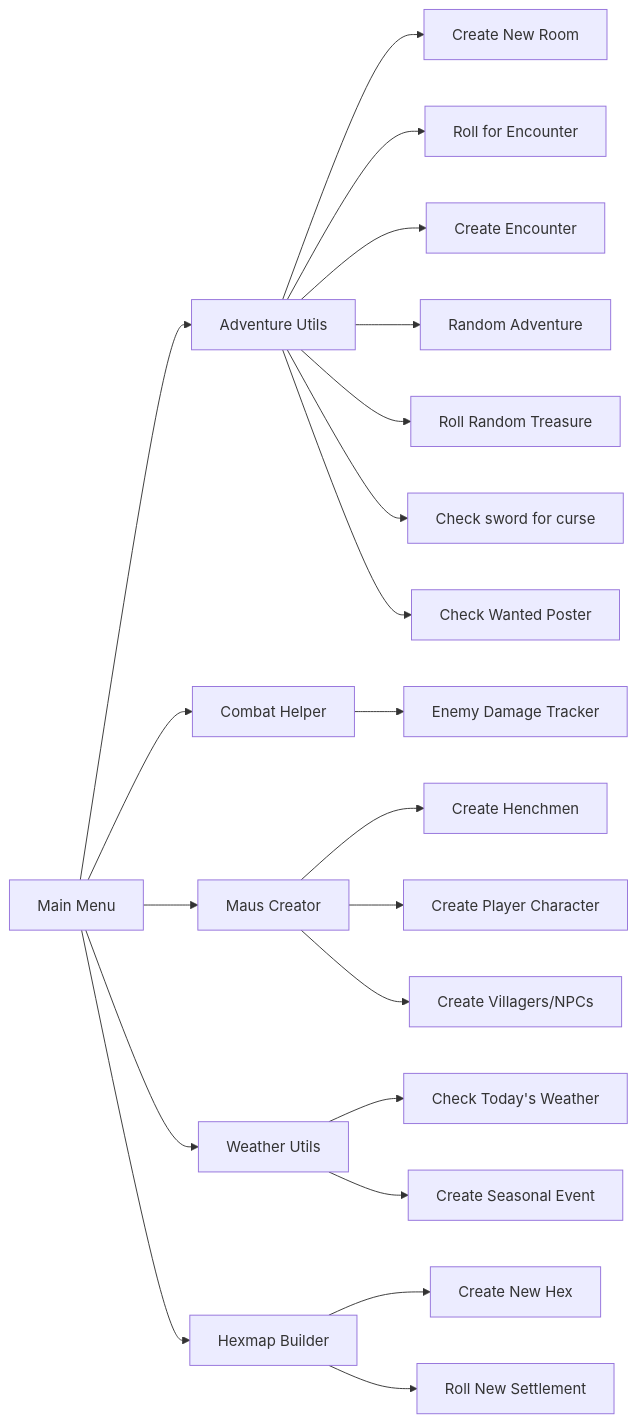
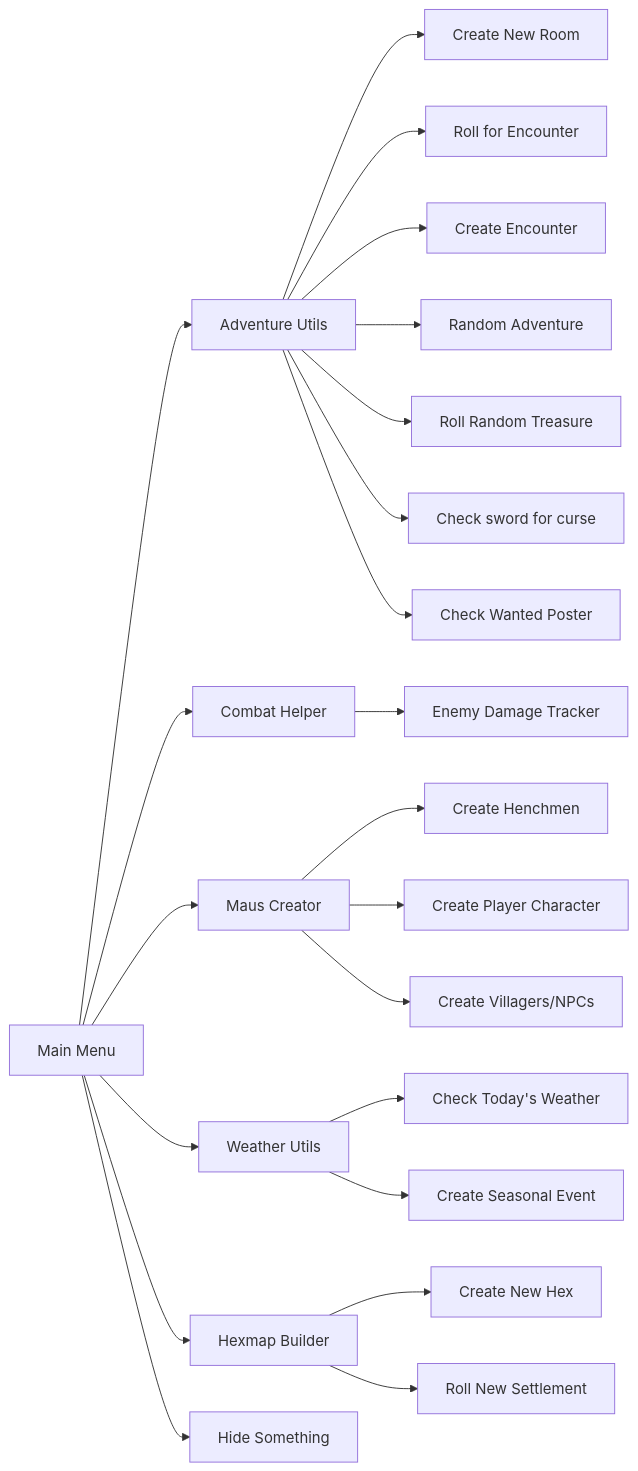
The diagram in README.md (barry4356/rpg_helpers_python), drawn with Mermaid before and after one commit.

````diff
--- a/README.md
+++ b/README.md
@@ -15,23 +15,24 @@
 ```mermaid
 flowchart LR
   A[Main Menu] --> B[Adventure Utils]
   A --> C[Combat Helper]
   A --> D[Maus Creator]
   A --> E[Weather Utils]
   A --> F[Hexmap Builder]
+  A --> V[Hide Something]
   B --> G[Create New Room]
   B --> H[Roll for Encounter]
   B --> I[Create Encounter]
   B --> J[Random Adventure]
   B --> K[Roll Random Treasure]
   B --> L[Check sword for curse]
   B --> M[Check Wanted Poster]
   C --> N[Enemy Damage Tracker]
   D --> O[Create Henchmen]
   D --> P[Create Player Character]
   D --> Q[Create Villagers/NPCs]
   E --> R[Check Today's Weather]
   E --> S[Create Seasonal Event]
   F --> T[Create New Hex]
   F --> U[Roll New Settlement]
 ```
````
